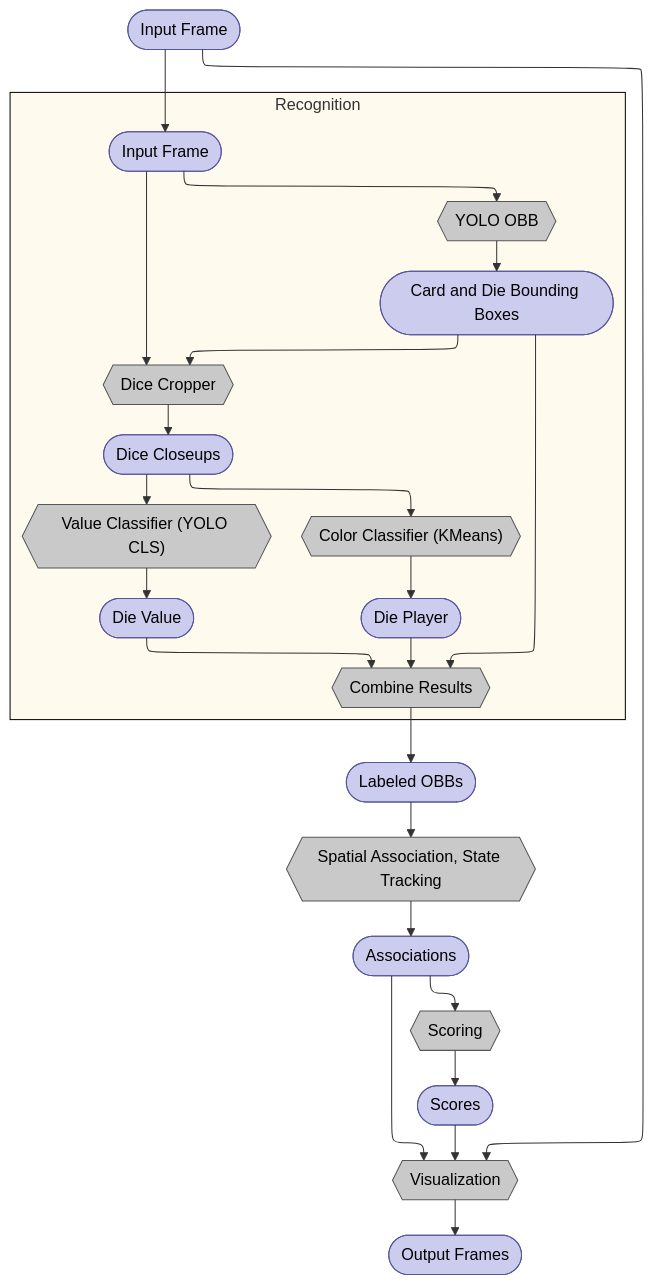
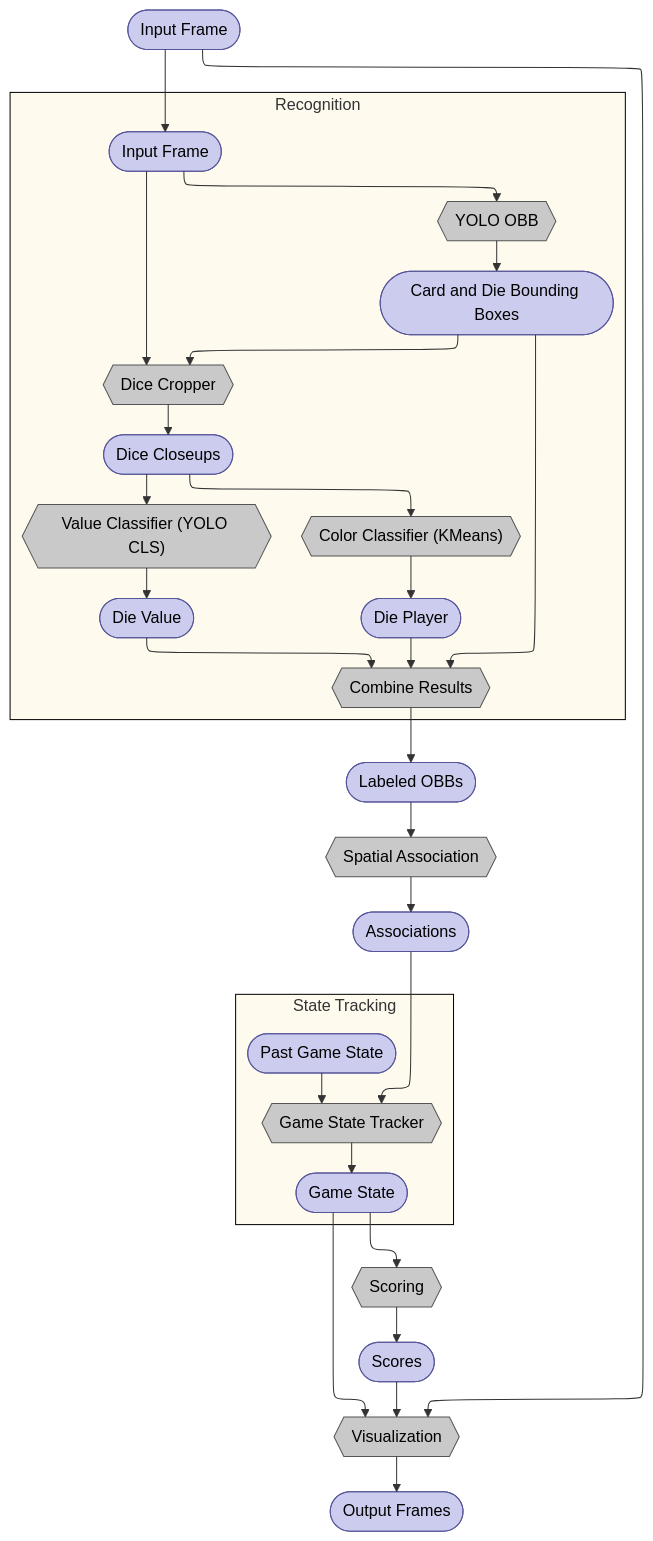
Before and after one commit to Stefhermann/cv5561-f25-team-spoton: the diagram in README.md, drawn with Mermaid. The commit also changed other lines of this file and 2 other files, not shown here.

Commit message:
add description of methods to readme

````diff
--- a/README.md
+++ b/README.md
@@ -35,65 +40,75 @@
 ```mermaid
 ---
 config:
     layout: elk
 ---
 flowchart
-
 %% --- Styles ---
 classDef data fill:#ccccee,stroke:#555599,stroke-width:1px,color:#000;
 classDef func fill:#c9c9c9,stroke:#555555,stroke-width:1px,color:#000;
 style recognition fill:#fefaee,stroke:#000000;
+style state-tracking fill:#fefaee,stroke:#000000;
 
 %% --- Node definitions ---
 %% Data nodes
 
 %% Function nodes
 A-1([Input Frame]):::data
 
 subgraph recognition ["Recognition"]
     A0([Input Frame]):::data
     A1{{YOLO OBB}}:::func
     A2([Card and Die Bounding Boxes]):::data
     A3{{Dice Cropper}}:::func
     A4([Dice Closeups]):::data
     A5{{Color Classifier #40;KMeans#41;}}:::func
     A6{{Value Classifier #40;YOLO CLS#41;}}:::func
     A7([Die Player]):::data
     A8([Die Value]):::data
     A9{{Combine Results}}:::func
 end
 
 A10([Labeled OBBs]):::data
-A11{{Spatial Association, State Tracking}}:::func
+A11{{Spatial Association}}:::func
 A12([Associations]):::data
+
+subgraph state-tracking ["State Tracking"]
+    A19([Past Game State]):::data
+    A18{{Game State Tracker}}:::func
+    A20([Game State]):::data
+end
+
 A13{{Scoring}}:::func
 A14{{Visualization}}:::func
 A15([Scores]):::data
 A16([Output Frames]):::data
 
 
 
 %% --- Edges ---
 A-1 --> A0
 A0 --> A1
 A0 --> A3
 A1 --> A2
 A2 --> A3
 A2 --> A9
 A3 --> A4
 A4 --> A5
 A5 --> A7
 A4 --> A6
 A6 --> A8
 A7 --> A9
 A8 --> A9
 A9 --> A10
 A10 --> A11
 A11 --> A12
-A12 --> A13
+A12 --> A18
+A19 --> A18
+A18 --> A20
 A13 --> A15
+A20 --> A13
 A-1 --> A14
 A15 --> A14
-A12 --> A14
+A20 --> A14
 A14 --> A16
 ```
````
